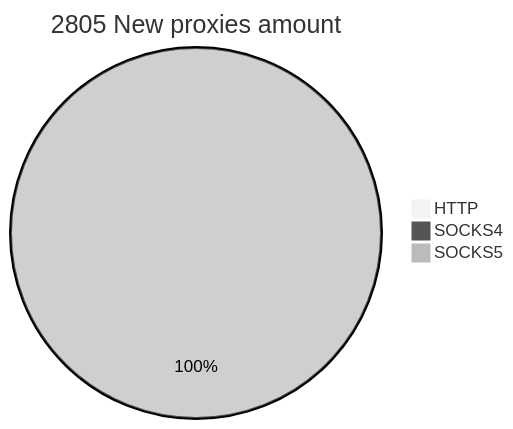
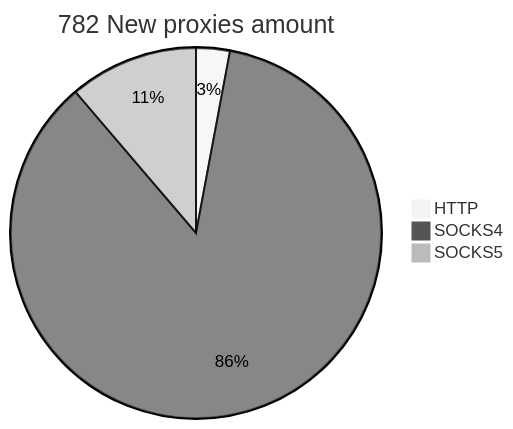
One commit to cutipu/proxylist changed the second of 2 diagrams in README.md. Above: the diagram before and after it, drawn with Mermaid (neutral theme). The commit also changed other lines of this file, not shown here.

````diff
--- a/README.md
+++ b/README.md
@@ -10,6 +10,6 @@
 ```mermaid
-pie title 2805 New proxies amount
-    "HTTP" : 0
-    "SOCKS4" : 0
-    "SOCKS5" : 2805
+pie title 782 New proxies amount
+    "HTTP" : 23
+    "SOCKS4" : 671
+    "SOCKS5" : 88
 ```
````
